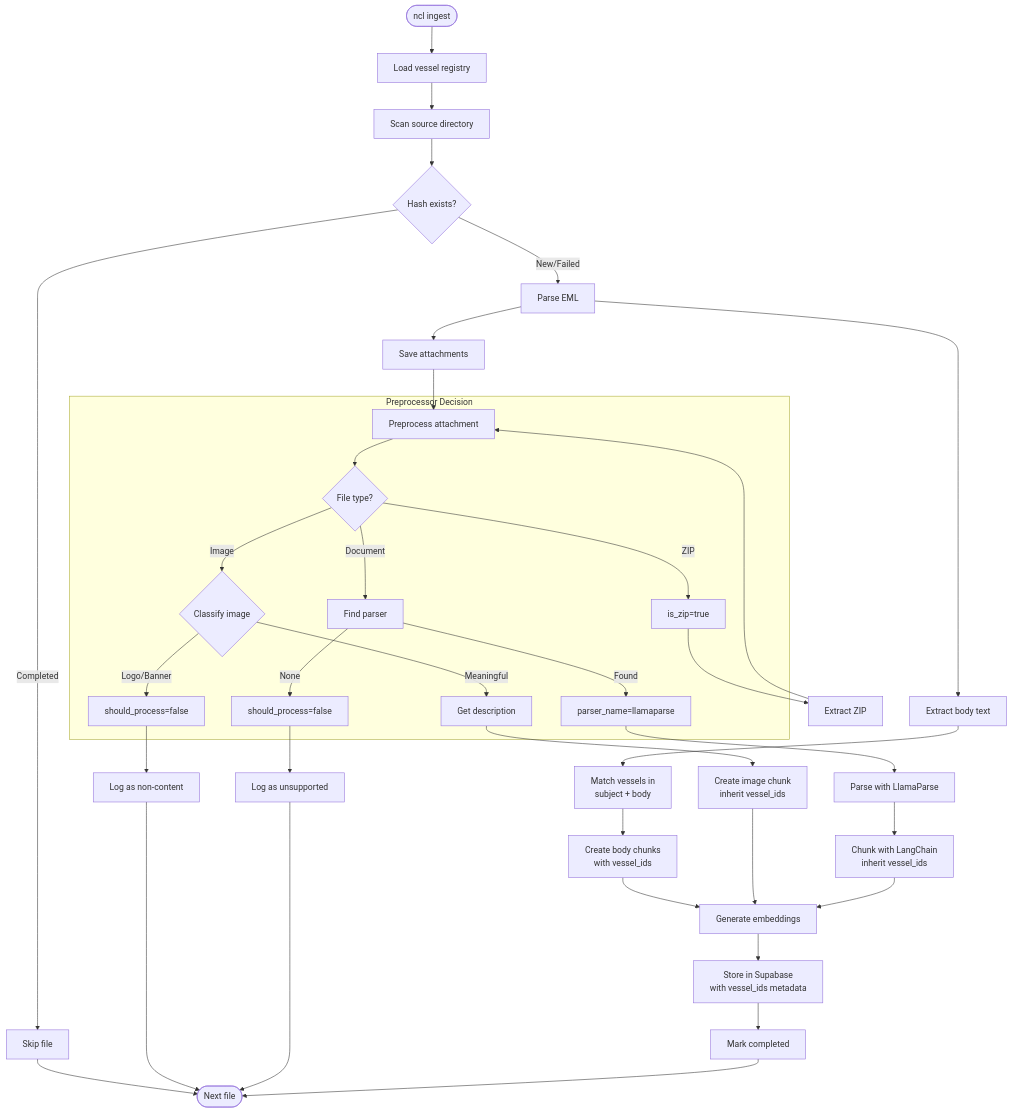
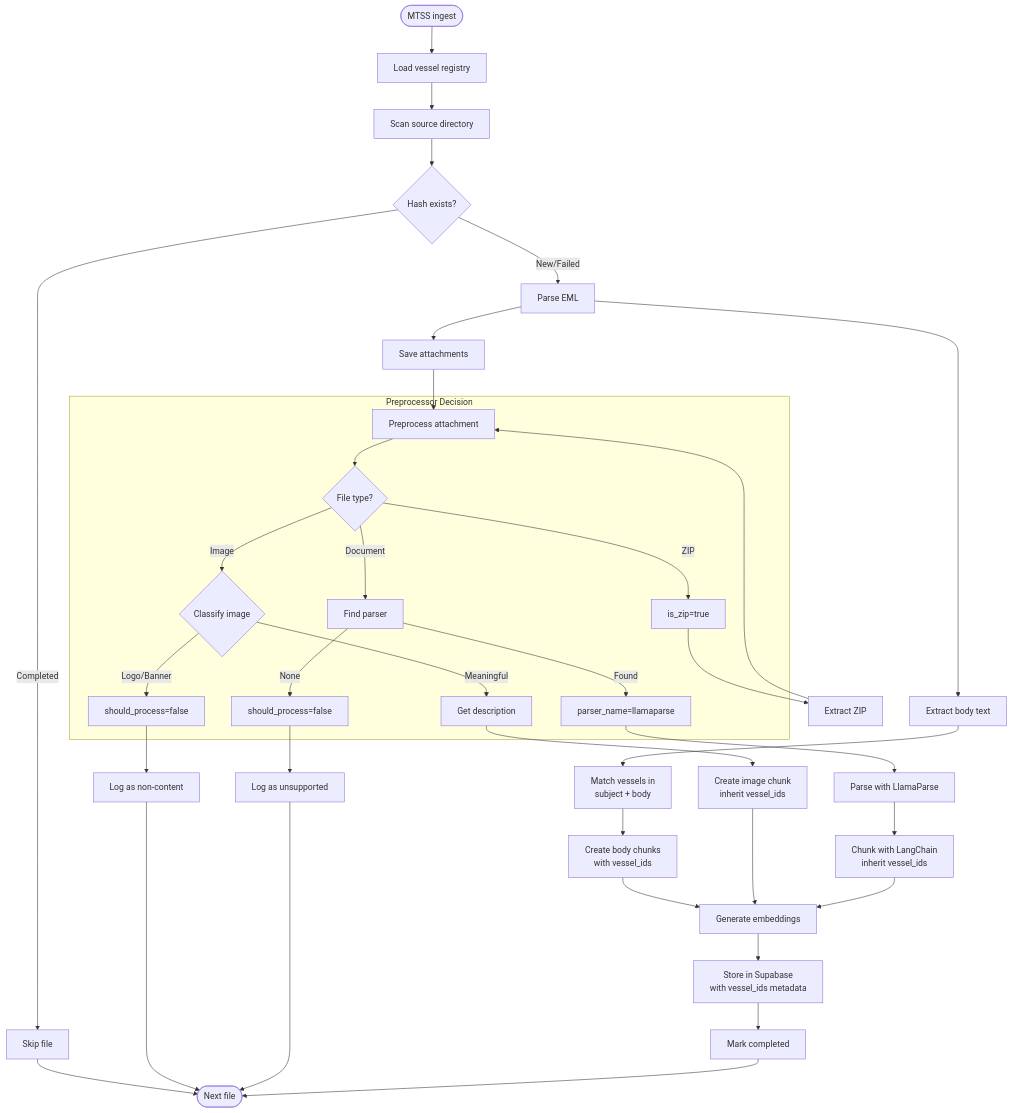
The second of 8 diagrams in docs/processing-flow.md (jwillmer/NCL), drawn with Mermaid before and after one commit. The commit also changed other lines of this file and 88 other files, not shown here.

````diff
--- a/docs/processing-flow.md
+++ b/docs/processing-flow.md
@@ -73,52 +73,52 @@
 ```mermaid
 flowchart TD
-    START([ncl ingest]) --> LOAD_VESSELS[Load vessel registry]
+    START([MTSS ingest]) --> LOAD_VESSELS[Load vessel registry]
     LOAD_VESSELS --> SCAN[Scan source directory]
     SCAN --> HASH{Hash exists?}
 
     HASH --> |Completed| SKIP[Skip file]
     HASH --> |New/Failed| PARSE[Parse EML]
 
     PARSE --> BODY[Extract body text]
     PARSE --> ATTACH[Save attachments]
 
     BODY --> VESSEL_MATCH[Match vessels in<br/>subject + body]
     VESSEL_MATCH --> CHUNK_BODY[Create body chunks<br/>with vessel_ids]
 
     ATTACH --> PREPROCESS[Preprocess attachment]
 
     subgraph Preprocessor["Preprocessor Decision"]
         PREPROCESS --> TYPE{File type?}
         TYPE --> |ZIP| IS_ZIP[is_zip=true]
         TYPE --> |Image| CLASSIFY{Classify image}
         TYPE --> |Document| FIND_PARSER[Find parser]
 
         CLASSIFY --> |Logo/Banner| SKIP_IMG[should_process=false]
         CLASSIFY --> |Meaningful| DESCRIBE[Get description]
 
         FIND_PARSER --> |Found| HAS_PARSER[parser_name=llamaparse]
         FIND_PARSER --> |None| NO_PARSER[should_process=false]
     end
 
     IS_ZIP --> EXTRACT[Extract ZIP]
     EXTRACT --> PREPROCESS
 
     DESCRIBE --> CREATE_IMG_CHUNK[Create image chunk<br/>inherit vessel_ids]
     HAS_PARSER --> LLAMAPARSE[Parse with LlamaParse]
     LLAMAPARSE --> CHUNK_DOC[Chunk with LangChain<br/>inherit vessel_ids]
 
     SKIP_IMG --> LOG_SKIP[Log as non-content]
     NO_PARSER --> LOG_UNSUP[Log as unsupported]
 
     CHUNK_BODY --> EMBED
     CREATE_IMG_CHUNK --> EMBED
     CHUNK_DOC --> EMBED
 
     EMBED[Generate embeddings] --> STORE[Store in Supabase<br/>with vessel_ids metadata]
     STORE --> COMPLETE[Mark completed]
 
     SKIP --> END([Next file])
     LOG_SKIP --> END
     LOG_UNSUP --> END
     COMPLETE --> END
 ```
````
